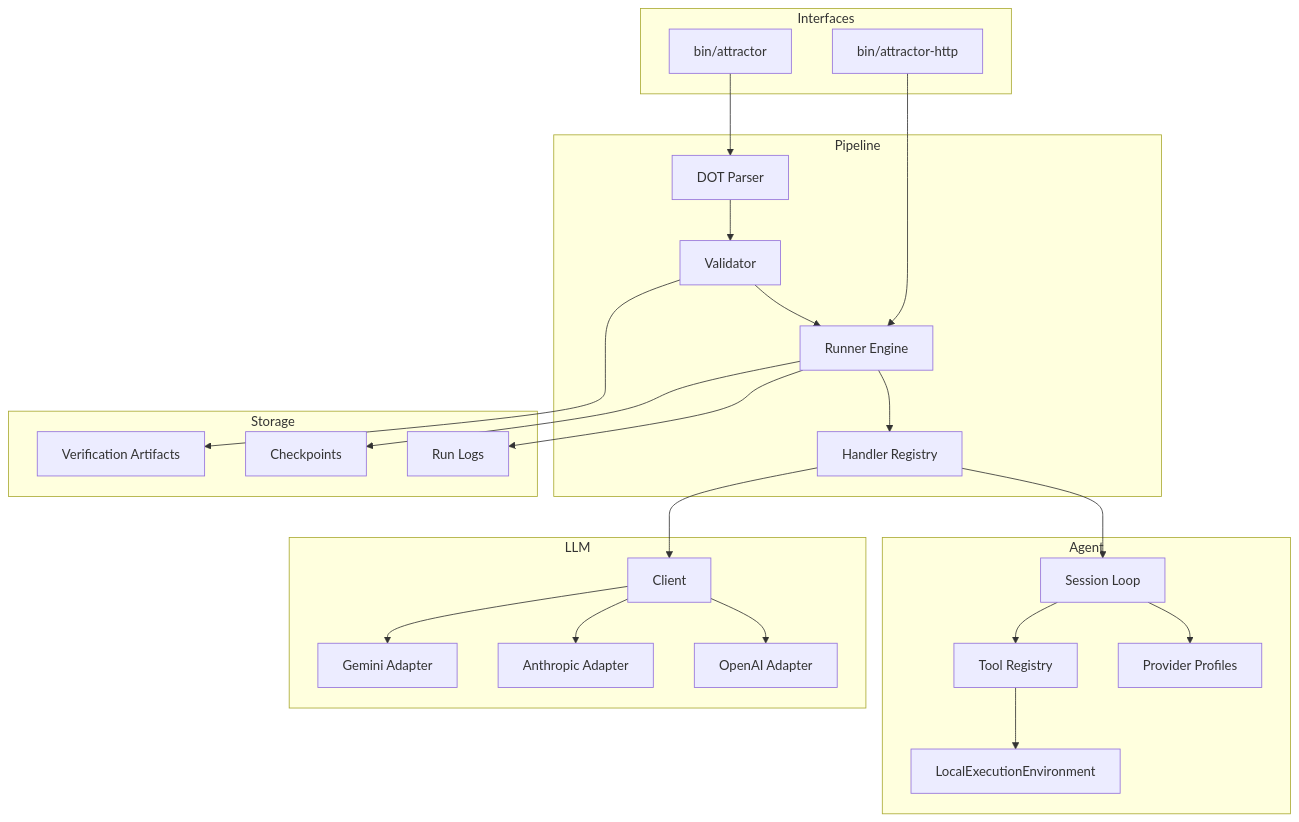
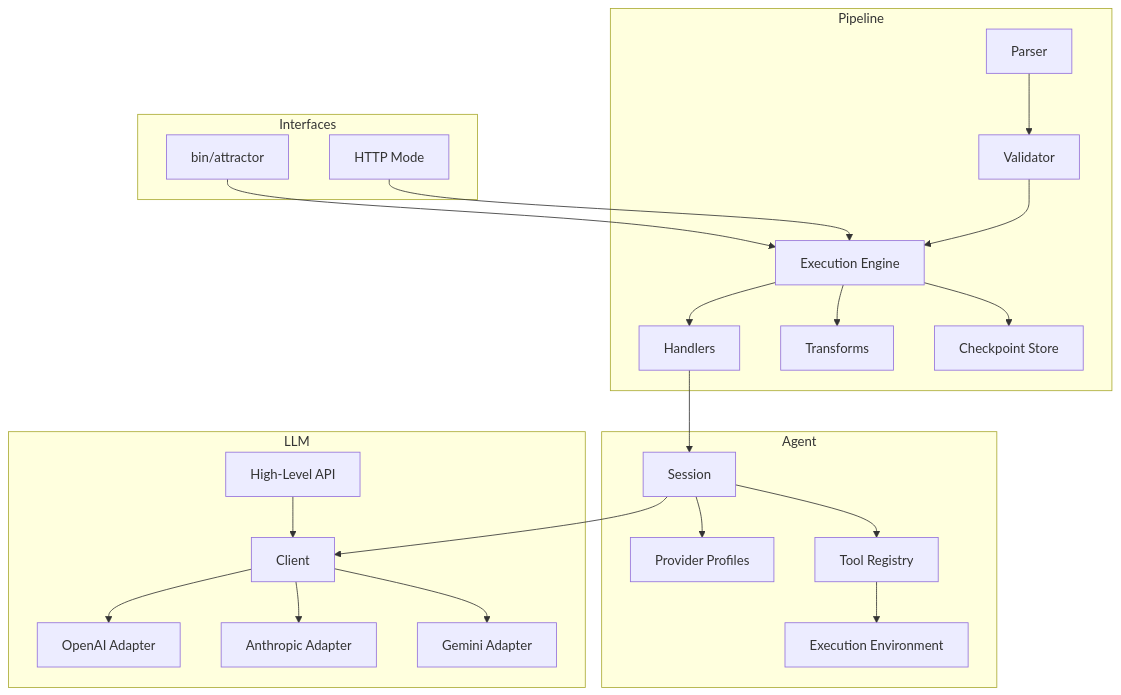
One commit to jaytaylor/attractor-php changed the fifth of 5 diagrams in docs/sprints/SPRINT-001-comprehensive-implementation-plan.md. Above: the diagram before and after it, drawn with Mermaid. The commit also changed other lines of this file, not shown here.

````diff
--- a/docs/sprints/SPRINT-001-comprehensive-implementation-plan.md
+++ b/docs/sprints/SPRINT-001-comprehensive-implementation-plan.md
@@ -616,51 +738,48 @@
 ```mermaid
-flowchart TB
-  subgraph Interfaces
-    CLI[bin/attractor]
-    HTTP[bin/attractor-http]
-  end
+graph TB
+    subgraph Interfaces
+      CLI[bin/attractor]
+      HTTP[HTTP Mode]
+    end
 
-  subgraph Pipeline
-    Parser[DOT Parser]
-    Validator[Validator]
-    Engine[Runner Engine]
-    Handlers[Handler Registry]
-  end
+    subgraph Pipeline
+      PR[Parser]
+      VR[Validator]
+      EN[Execution Engine]
+      HD[Handlers]
+      TF[Transforms]
+      CP[Checkpoint Store]
+    end
 
-  subgraph Agent
-    SessionCore[Session Loop]
-    Profiles[Provider Profiles]
-    Tools[Tool Registry]
-    Env[LocalExecutionEnvironment]
-  end
+    subgraph Agent
+      SS[Session]
+      PF[Provider Profiles]
+      TR[Tool Registry]
+      EE[Execution Environment]
+    end
 
-  subgraph LLM
-    ClientCore[Client]
-    OA[OpenAI Adapter]
-    AN[Anthropic Adapter]
-    GE[Gemini Adapter]
-  end
+    subgraph LLM
+      CL[Client]
+      OA[OpenAI Adapter]
+      AN[Anthropic Adapter]
+      GM[Gemini Adapter]
+      HL[High-Level API]
+    end
 
-  subgraph Storage
-    Logs[Run Logs]
-    Checkpoints[Checkpoints]
-    Evidence[Verification Artifacts]
-  end
-
-  CLI --> Parser
-  HTTP --> Engine
-  Parser --> Validator
-  Validator --> Engine
-  Engine --> Handlers
-  Handlers --> SessionCore
-  Handlers --> ClientCore
-  SessionCore --> Profiles
-  SessionCore --> Tools
-  Tools --> Env
-  ClientCore --> OA
-  ClientCore --> AN
-  ClientCore --> GE
-  Engine --> Logs
-  Engine --> Checkpoints
-  Validator --> Evidence
+    CLI --> EN
+    HTTP --> EN
+    PR --> VR
+    VR --> EN
+    EN --> HD
+    EN --> TF
+    EN --> CP
+    HD --> SS
+    SS --> PF
+    SS --> TR
+    TR --> EE
+    SS --> CL
+    CL --> OA
+    CL --> AN
+    CL --> GM
+    HL --> CL
 ```
````
